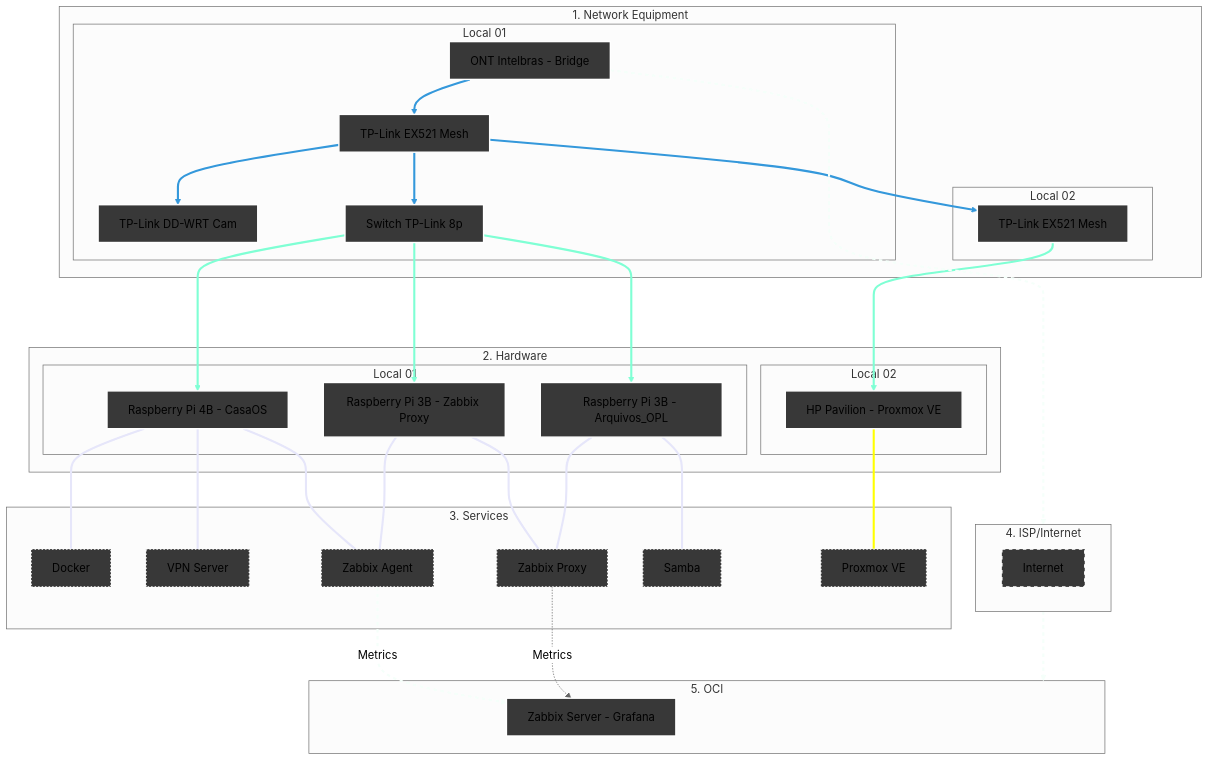
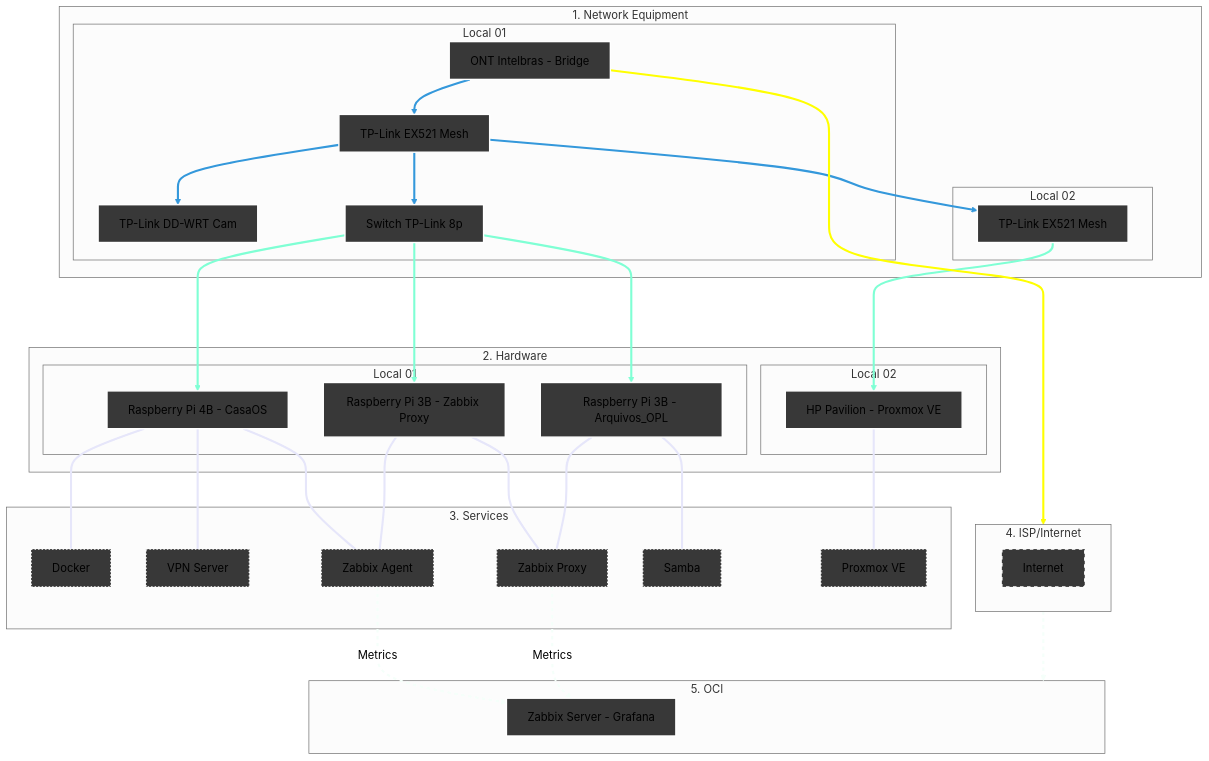
Before and after one commit to kevindexter22/Dr-Hardware-Autonet: the diagram in Infrastructure/README2.md, drawn with Mermaid (neutral theme).

Commit message:
Update link styles in README2.md

````diff
--- a/Infrastructure/README2.md
+++ b/Infrastructure/README2.md
@@ -15,72 +15,72 @@
 ```mermaid
 graph TD
     %% Styles
     classDef network fill:#383838,stroke:#FFFFFF,stroke-width:2px;
     classDef hardware fill:#383838,stroke:#FFFFFF,stroke-width:2px;
     classDef internet fill:#383838,stroke:#FFFFFF,stroke-width:2px,stroke-dasharray: 5 5;
     classDef services fill:#383838,stroke:#FFFFFF,stroke-width:2px, stroke-dasharray: 2 3;
     classDef oci fill:#383838,stroke:#FFFFFF,stroke-width:2px;
 
     %% 1. NETWORK EQUIPMENT
     subgraph Principal["1. Network Equipment"]
     subgraph S1 [Local 01]
         ONT[ONT Intelbras - Bridge]:::network --> R_Mesh1[TP-Link EX521 Mesh]:::network
         R_Mesh1 --> R_Cams[TP-Link DD-WRT Cam]:::network 
         R_Mesh1 --> SW1[Switch TP-Link 8p]:::network  
     end
     subgraph S2 [Local 02]
         R_Mesh1 --> R_Mesh2[TP-Link EX521 Mesh]:::network
     end
     end
     
     %% 2. HARDWARE
     subgraph Principal02["2. Hardware"]
     subgraph S3 [Local 01]
         SW1 ---> RPi3B_1[Raspberry Pi 3B - Arquivos_OPL]:::hardware
         SW1 ---> RPi4B[Raspberry Pi 4B - CasaOS]:::hardware
         SW1 ---> RPi3B_2[Raspberry Pi 3B - Zabbix Proxy]:::hardware
     end
     subgraph S4 [Local 02]
         R_Mesh2 ---> HP[HP Pavilion - Proxmox VE]:::hardware
     end
     end
 
     %% 3. SERVICES     
     subgraph S5 [3. Services];
         RPi4B --- Docker[Docker]:::services
         RPi4B --- VPN[VPN Server]:::services
         RPi4B --- ZA[Zabbix Agent]:::services
         RPi3B_2 --- ZA[Zabbix Agent]:::services
         RPi3B_2 --- ZP[Zabbix Proxy]:::services
         RPi3B_1 --- ZP[Zabbix Proxy]:::services
         RPi3B_1 --- SMB1[Samba]:::services
         HP --- PVE[Proxmox VE]:::services        
     end
 
     %% 4. Internet (The Bridge)
     subgraph S6 [4. ISP/Internet]
            internet[Internet]:::internet
     end
 
     %% 5. Oracle Cloud Infrastructure
     subgraph S7 [5. OCI]
         ZS[Zabbix Server - Grafana]:::oci
     end
 
     %% Conections of data flow
     ONT --> S6
     S6 --> S7
     
     %% Logical conections
     ZA -.-> |Metrics| ZS
     ZP -.-> |Metrics| ZS 
 
     %% --- Set collor on conections ---
     
     linkStyle 0,1,2,3 stroke:#3498db,stroke-width:3px;
     linkStyle 4,5,6,7 stroke:#7FFFD4,stroke-width:3px;
-    linkStyle 8,9,10,11,12,13,14 stroke:#E6E6FA,stroke-width:3px;
-    linkStyle 15 stroke:#FFFF00,stroke-width:3px;
-    linkStyle 16,17,18 stroke:#F5FFFA,stroke-width:3px,stroke-dasharray: 5 5;
+    linkStyle 8,9,10,11,12,13,14,15 stroke:#E6E6FA,stroke-width:3px;
+    linkStyle 16 stroke:#FFFF00,stroke-width:3px;
+    linkStyle 17,18,19 stroke:#F5FFFA,stroke-width:3px,stroke-dasharray: 5 5;
 
 ```
````
